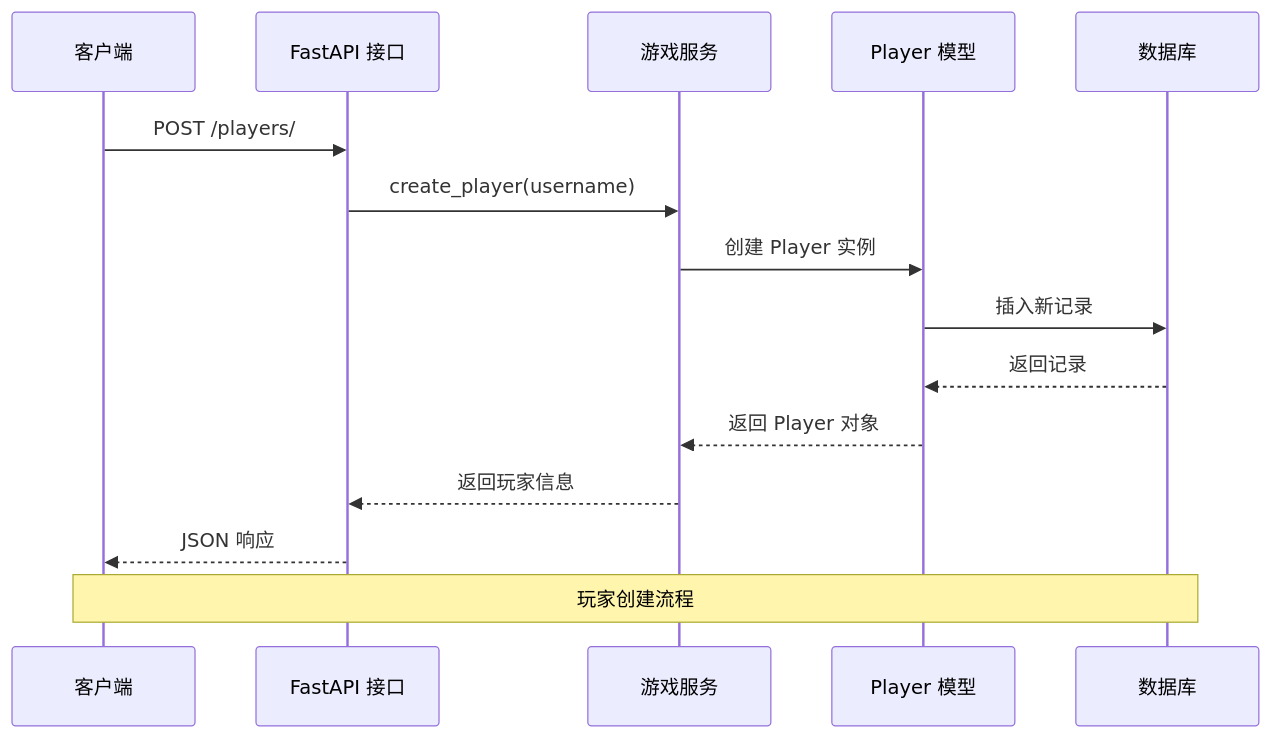
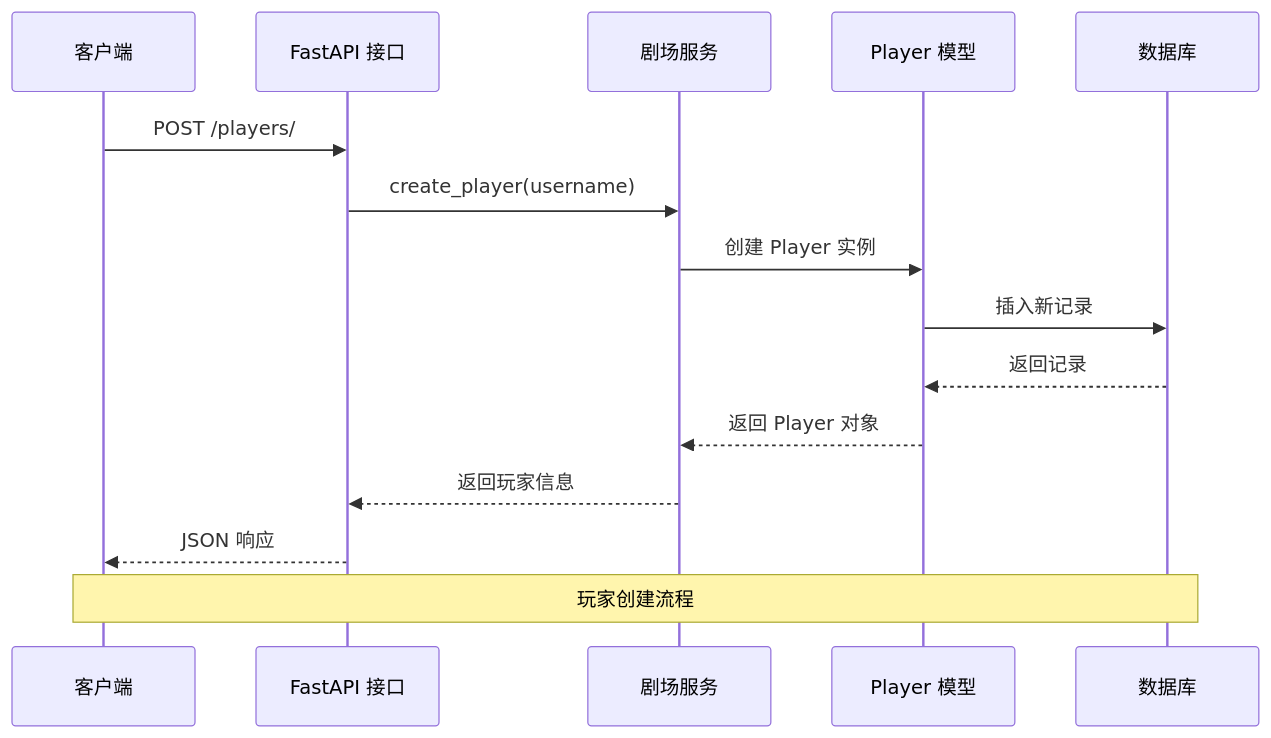
Before and after one commit to KunLabAI/KunFlix: the second of 12 diagrams in .qoder/repowiki/zh/content/数据库设计/玩家数据模型.md, drawn with Mermaid. The commit also changed other lines of this file and 112 other files, not shown here.

````diff
--- a/.qoder/repowiki/zh/content/数据库设计/玩家数据模型.md
+++ b/.qoder/repowiki/zh/content/数据库设计/玩家数据模型.md
@@ -119,17 +119,17 @@
 ```mermaid
 sequenceDiagram
 participant Client as 客户端
 participant API as FastAPI 接口
-participant Service as 游戏服务
+participant Service as 剧场服务
 participant Model as Player 模型
 participant DB as 数据库
 Client->>API : POST /players/
 API->>Service : create_player(username)
 Service->>Model : 创建 Player 实例
 Model->>DB : 插入新记录
 DB-->>Model : 返回记录
 Model-->>Service : 返回 Player 对象
 Service-->>API : 返回玩家信息
 API-->>Client : JSON 响应
 Note over Client,DB : 玩家创建流程
 ```
````
